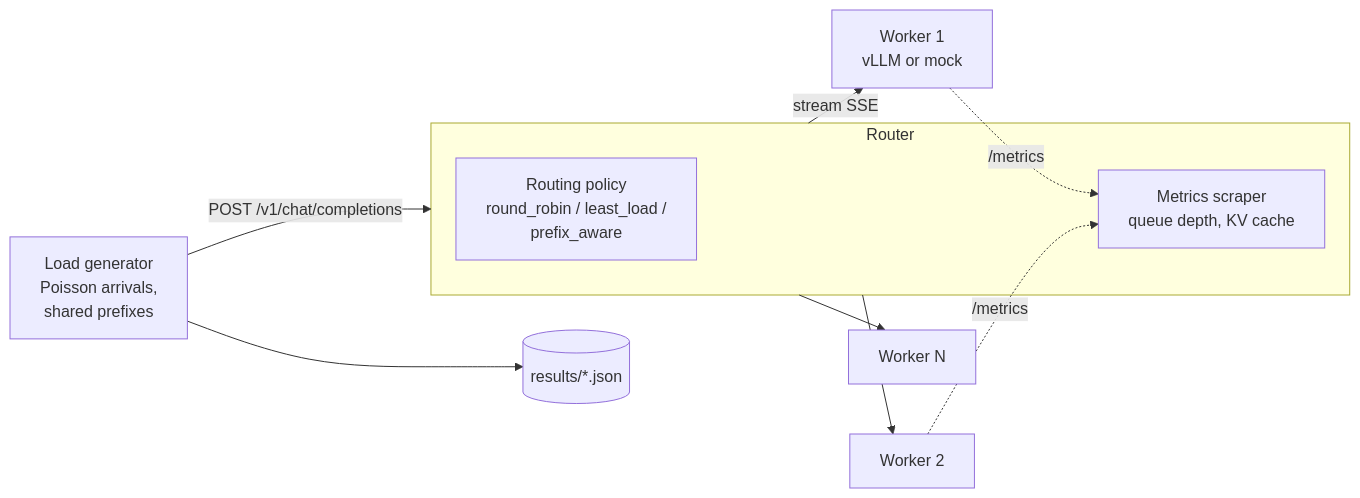
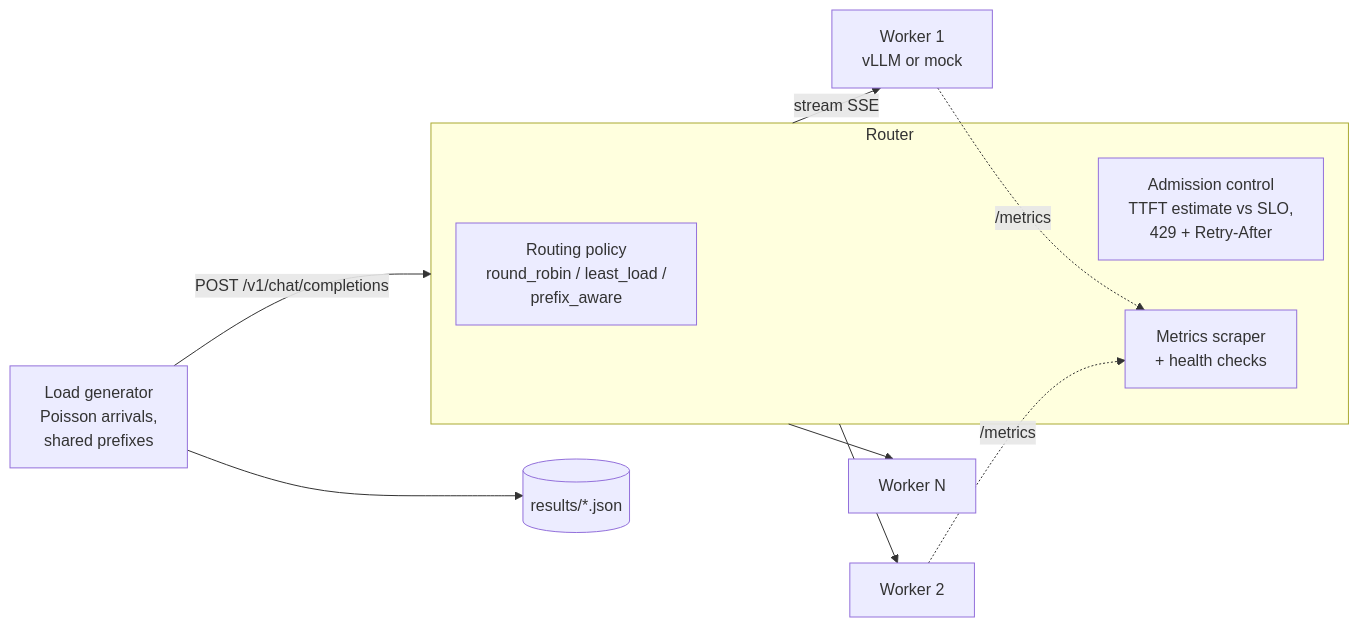
Before and after one commit to Mohamed101-4/llm-serving-platform: the diagram in README.md, drawn with Mermaid. The commit also changed other lines of this file and 4 other files, not shown here.

````diff
--- a/README.md
+++ b/README.md
@@ -12,14 +12,15 @@
 ```mermaid
 flowchart LR
     LG[Load generator<br/>Poisson arrivals,<br/>shared prefixes] -->|POST /v1/chat/completions| R
     subgraph R[Router]
         P[Routing policy<br/>round_robin / least_load /<br/>prefix_aware]
-        S[Metrics scraper<br/>queue depth, KV cache]
+        A[Admission control<br/>TTFT estimate vs SLO,<br/>429 + Retry-After]
+        S[Metrics scraper<br/>+ health checks]
     end
     R -->|stream SSE| W1[Worker 1<br/>vLLM or mock]
     R --> W2[Worker 2]
     R --> W3[Worker N]
     W1 -. /metrics .-> S
     W2 -. /metrics .-> S
     LG --> J[(results/*.json)]
 ```
````
